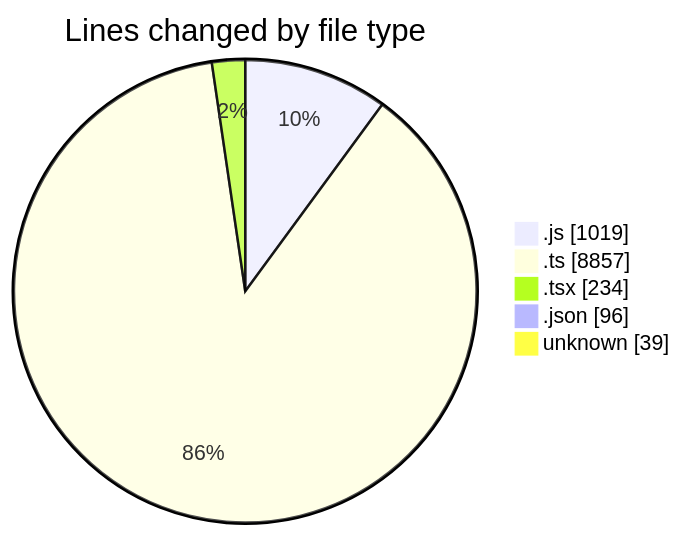
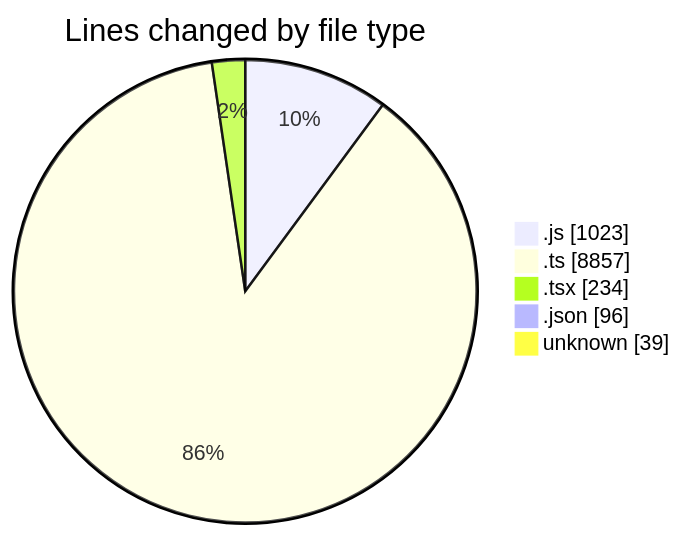
One commit to momahboobian/code-tracking changed the first of 2 diagrams in 2025-05-14/cda/README.md. Above: the diagram before and after it, drawn with Mermaid. The commit also changed other lines of this file and 1 other file, not shown here.

````diff
--- a/2025-05-14/cda/README.md
+++ b/2025-05-14/cda/README.md
@@ -30,9 +30,9 @@
 ```mermaid
 pie showData
 title Lines changed by file type
-".js" : 1019
+".js" : 1023
 ".ts" : 8857
 ".tsx" : 234
 ".json" : 96
 "unknown" : 39
 ```
````
